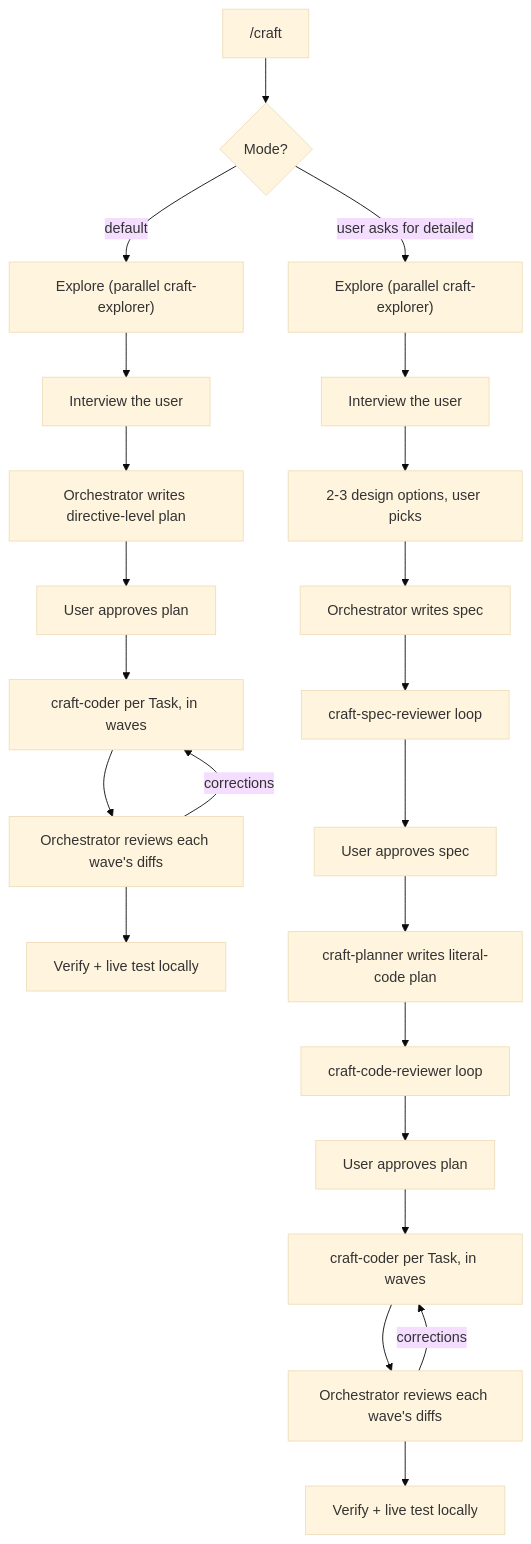
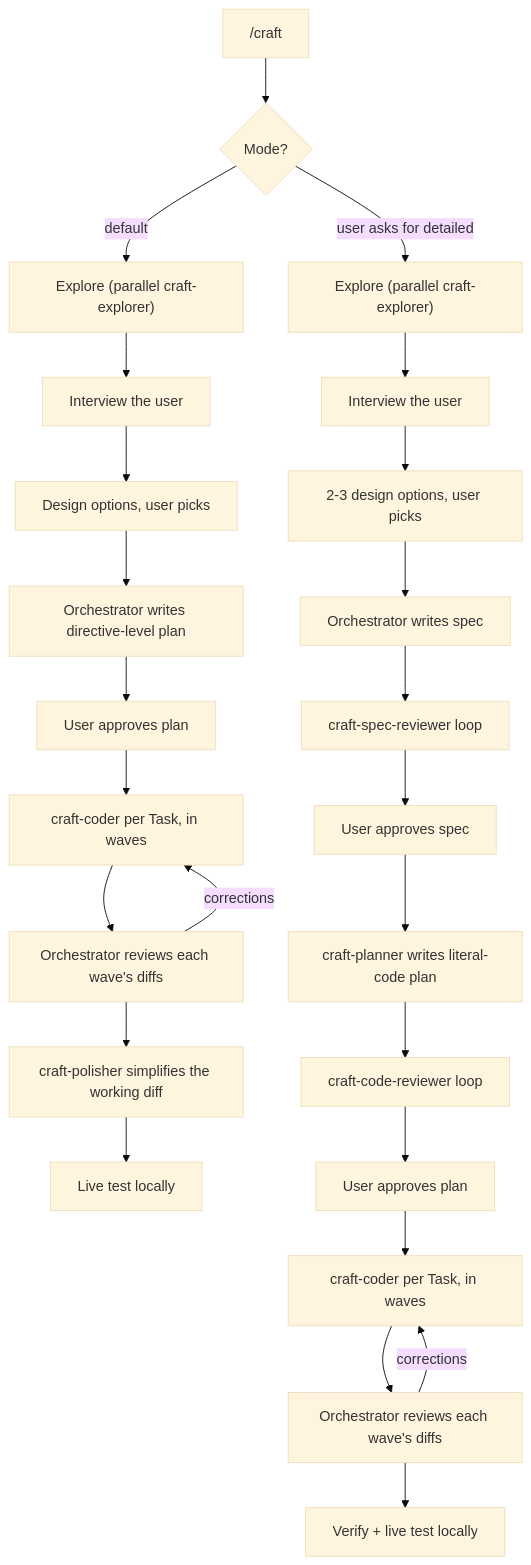
The diagram in README.md (AidenHadisi/craft), drawn with Mermaid (base theme) before and after one commit. The commit also changed other lines of this file and 5 other files, not shown here.

````diff
--- a/README.md
+++ b/README.md
@@ -39,26 +40,28 @@
 ```mermaid
 flowchart TD
     start["/craft"] --> mode{"Mode?"}
     mode -->|default| qexplore["Explore (parallel craft-explorer)"]
     qexplore --> qinterview["Interview the user"]
-    qinterview --> qplan["Orchestrator writes directive-level plan"]
+    qinterview --> qdesigns["Design options, user picks"]
+    qdesigns --> qplan["Orchestrator writes directive-level plan"]
     qplan --> qgate["User approves plan"]
     qgate --> qbuild["craft-coder per Task, in waves"]
     qbuild --> qreview["Orchestrator reviews each wave's diffs"]
     qreview -->|corrections| qbuild
-    qreview --> qverify["Verify + live test locally"]
+    qreview --> qpolish["craft-polisher simplifies the working diff"]
+    qpolish --> qverify["Live test locally"]
 
     mode -->|"user asks for detailed"| dexplore["Explore (parallel craft-explorer)"]
     dexplore --> interview["Interview the user"]
     interview --> designs["2-3 design options, user picks"]
     designs --> spec["Orchestrator writes spec"]
     spec --> specrev["craft-spec-reviewer loop"]
     specrev --> specgate["User approves spec"]
     specgate --> planner["craft-planner writes literal-code plan"]
     planner --> coderev["craft-code-reviewer loop"]
     coderev --> plangate["User approves plan"]
     plangate --> dbuild["craft-coder per Task, in waves"]
     dbuild --> dreview["Orchestrator reviews each wave's diffs"]
     dreview -->|corrections| dbuild
     dreview --> dverify["Verify + live test locally"]
 ```
````
